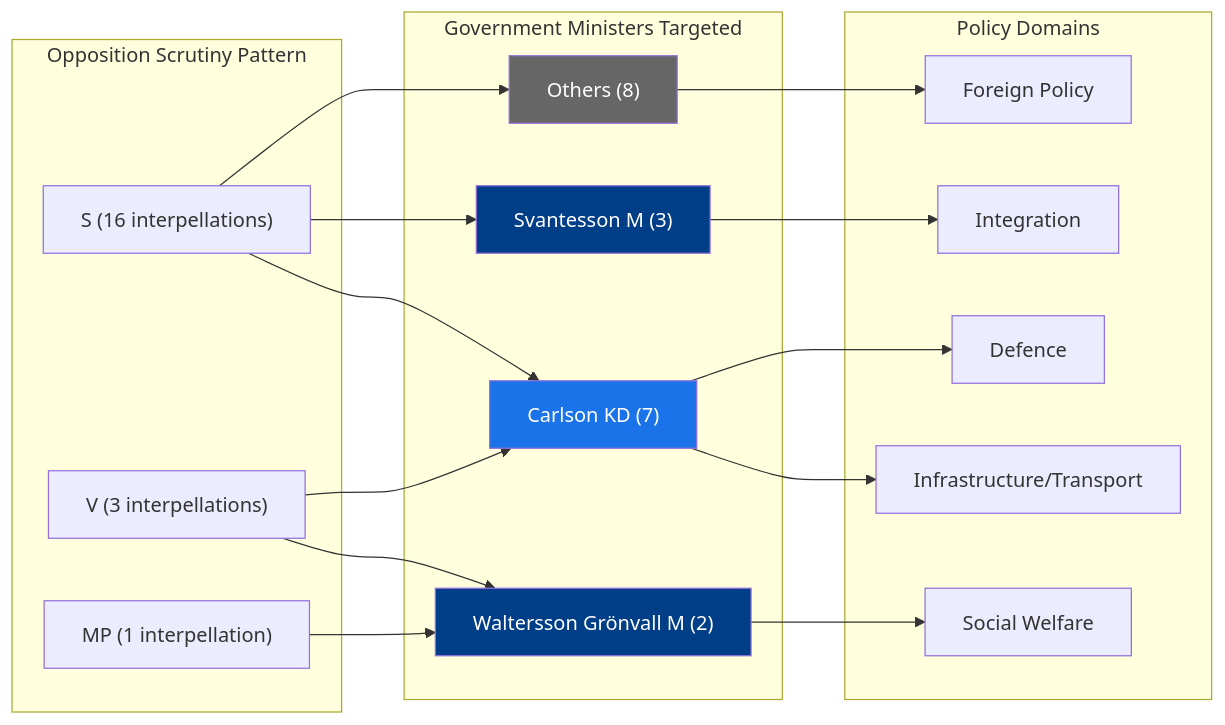
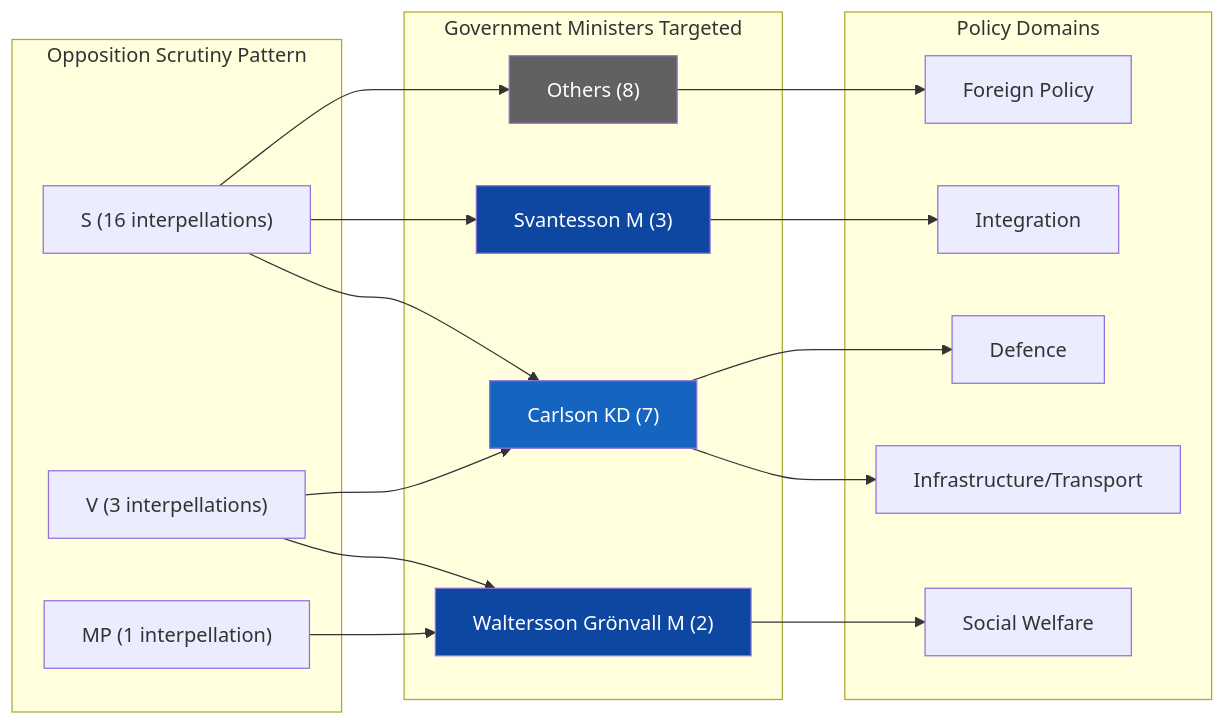
The second of 2 diagrams in analysis/daily/2026-04-03/interpellations/synthesis-summary.md (Hack23/riksdagsmonitor), drawn with Mermaid before and after one commit. The commit also changed 121 other files, not shown here.

````diff
--- a/analysis/daily/2026-04-03/interpellations/synthesis-summary.md
+++ b/analysis/daily/2026-04-03/interpellations/synthesis-summary.md
@@ -21,36 +21,36 @@
 ```mermaid
 flowchart LR
     subgraph Opposition["Opposition Scrutiny Pattern"]
         S["S (16 interpellations)"]
         V["V (3 interpellations)"]
         MP["MP (1 interpellation)"]
     end
     subgraph Ministers["Government Ministers Targeted"]
         AC["Carlson KD (7)"]:::kd
         ES["Svantesson M (3)"]:::m
         CWG["Waltersson Grönvall M (2)"]:::m
         Other["Others (8)"]:::other
     end
     subgraph Themes["Policy Domains"]
         Infra["Infrastructure/Transport"]
         Social["Social Welfare"]
         Integ["Integration"]
         Foreign["Foreign Policy"]
         Defence["Defence"]
     end
     S --> AC
     S --> ES
     S --> Other
     V --> CWG
     V --> AC
     MP --> CWG
     AC --> Infra
     AC --> Defence
     ES --> Integ
     CWG --> Social
     Other --> Foreign
 
-    classDef kd fill:#1a73e8,color:#FFFFFF
-    classDef m fill:#003f87,color:#FFFFFF
-    classDef other fill:#666,color:#FFFFFF
+    classDef kd fill:#1565C0,color:#FFFFFF
+    classDef m fill:#0D47A1,color:#FFFFFF
+    classDef other fill:#616161,color:#FFFFFF
 ```
````
